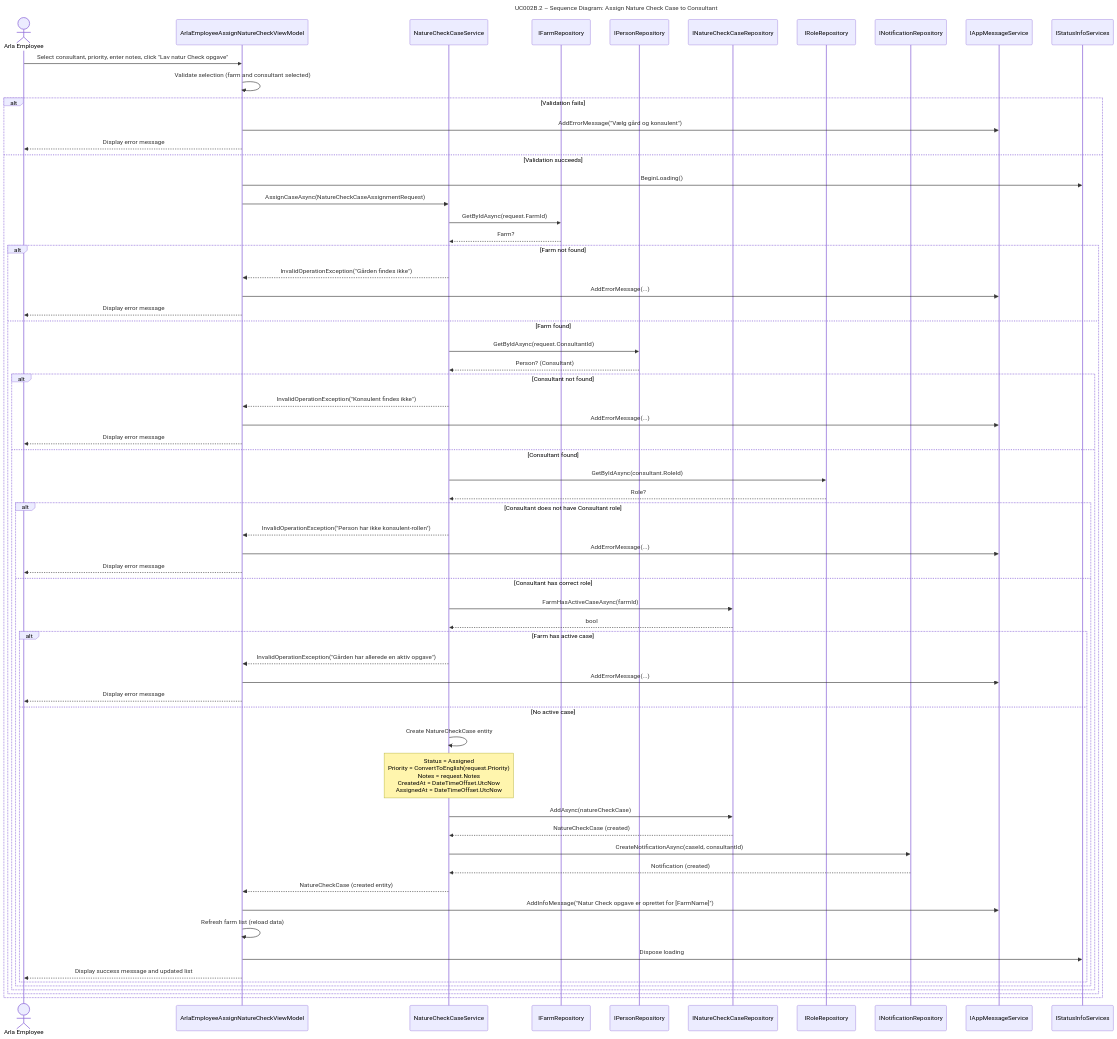
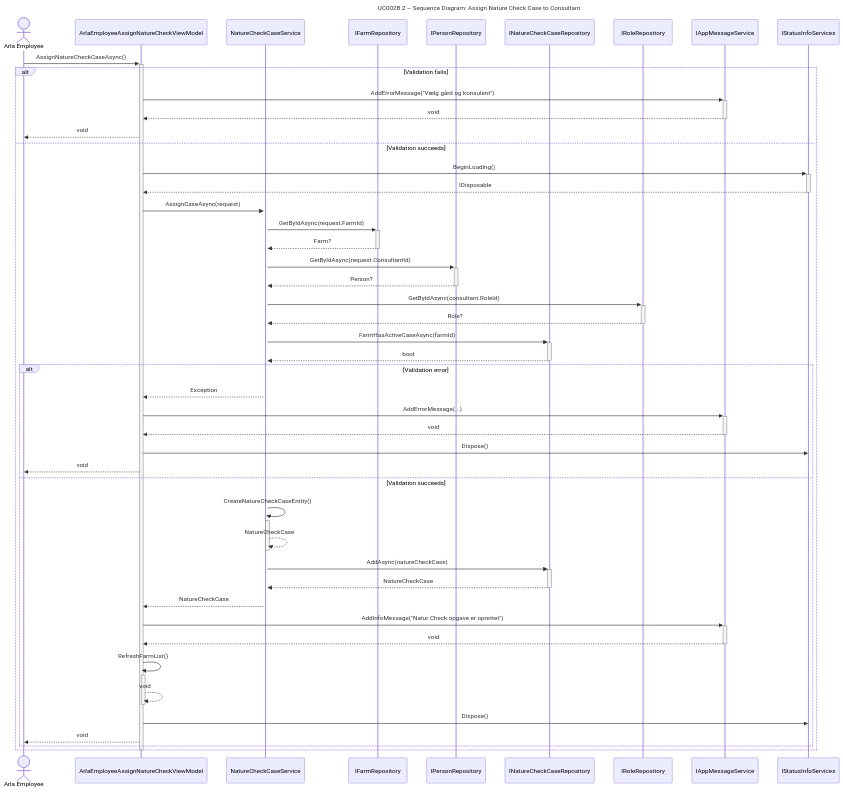
The diagram in docs/UseCase002B-AssignNatureCheckCase/UserStories/UC002B.2-AssignNatureCheckCase/UC002B.2-SD.md (DMOoF25-TEAM11/ArlaNatureConnect), drawn with Mermaid before and after one commit. The commit also changed other lines of this file and 65 other files, not shown here.

Commit message:
Update of UML

````diff
--- a/docs/UseCase002B-AssignNatureCheckCase/UserStories/UC002B.2-AssignNatureCheckCase/UC002B.2-SD.md
+++ b/docs/UseCase002B-AssignNatureCheckCase/UserStories/UC002B.2-AssignNatureCheckCase/UC002B.2-SD.md
@@ -5,80 +5,58 @@
 ```mermaid
 sequenceDiagram
     title UC002B.2 – Sequence Diagram: Assign Nature Check Case to Consultant
 
     actor ArlaEmployee as Arla Employee
     participant ViewModel as ArlaEmployeeAssignNatureCheckViewModel
     participant Service as NatureCheckCaseService
     participant FarmRepo as IFarmRepository
     participant PersonRepo as IPersonRepository
     participant CaseRepo as INatureCheckCaseRepository
     participant RoleRepo as IRoleRepository
-    participant NotificationRepo as INotificationRepository
     participant MsgService as IAppMessageService
     participant StatusService as IStatusInfoServices
 
-    %% Assignment Flow
-    ArlaEmployee ->> ViewModel: Select consultant, priority, enter notes, click "Lav natur Check opgave"
-    ViewModel ->> ViewModel: Validate selection (farm and consultant selected)
+    ArlaEmployee ->>+ ViewModel: AssignNatureCheckCaseAsync()
     
     alt Validation fails
-        ViewModel ->> MsgService: AddErrorMessage("Vælg gård og konsulent")
-        ViewModel -->> ArlaEmployee: Display error message
+        ViewModel ->>+ MsgService: AddErrorMessage("Vælg gård og konsulent")
+        MsgService -->>- ViewModel: void
+        ViewModel -->> ArlaEmployee: void
     else Validation succeeds
-        ViewModel ->> StatusService: BeginLoading()
-        ViewModel ->> Service: AssignCaseAsync(NatureCheckCaseAssignmentRequest)
+        ViewModel ->>+ StatusService: BeginLoading()
+        StatusService -->>- ViewModel: IDisposable
+        ViewModel ->>+ Service: AssignCaseAsync(request)
         
-        %% Service validates and creates case
-        Service ->> FarmRepo: GetByIdAsync(request.FarmId)
-        FarmRepo -->> Service: Farm?
+        Service ->>+ FarmRepo: GetByIdAsync(request.FarmId)
+        FarmRepo -->>- Service: Farm?
+        Service ->>+ PersonRepo: GetByIdAsync(request.ConsultantId)
+        PersonRepo -->>- Service: Person?
+        Service ->>+ RoleRepo: GetByIdAsync(consultant.RoleId)
+        RoleRepo -->>- Service: Role?
+        Service ->>+ CaseRepo: FarmHasActiveCaseAsync(farmId)
+        CaseRepo -->>- Service: bool
         
-        alt Farm not found
-            Service -->> ViewModel: InvalidOperationException("Gården findes ikke")
-            ViewModel ->> MsgService: AddErrorMessage(...)
-            ViewModel -->> ArlaEmployee: Display error message
-        else Farm found
-            Service ->> PersonRepo: GetByIdAsync(request.ConsultantId)
-            PersonRepo -->> Service: Person? (Consultant)
+        alt Validation error
+            Service -->> ViewModel: Exception
+            ViewModel ->>+ MsgService: AddErrorMessage(...)
+            MsgService -->>- ViewModel: void
+            ViewModel ->> StatusService: Dispose()
+            ViewModel -->> ArlaEmployee: void
+        else Validation succeeds
+            Service ->>+ Service: CreateNatureCheckCaseEntity()
+            Service -->>- Service: NatureCheckCase
+            Service ->>+ CaseRepo: AddAsync(natureCheckCase)
+            CaseRepo -->>- Service: NatureCheckCase
             
-            alt Consultant not found
-                Service -->> ViewModel: InvalidOperationException("Konsulent findes ikke")
-                ViewModel ->> MsgService: AddErrorMessage(...)
-                ViewModel -->> ArlaEmployee: Display error message
-            else Consultant found
-                Service ->> RoleRepo: GetByIdAsync(consultant.RoleId)
-                RoleRepo -->> Service: Role?
-                
-                alt Consultant does not have Consultant role
-                    Service -->> ViewModel: InvalidOperationException("Person har ikke konsulent-rollen")
-                    ViewModel ->> MsgService: AddErrorMessage(...)
-                    ViewModel -->> ArlaEmployee: Display error message
-                else Consultant has correct role
-                    Service ->> CaseRepo: FarmHasActiveCaseAsync(farmId)
-                    CaseRepo -->> Service: bool
-                    
-                    alt Farm has active case
-                        Service -->> ViewModel: InvalidOperationException("Gården har allerede en aktiv opgave")
-                        ViewModel ->> MsgService: AddErrorMessage(...)
-                        ViewModel -->> ArlaEmployee: Display error message
-                    else No active case
-                        %% Create new case
-                        Service ->> Service: Create NatureCheckCase entity
-                        Note over Service: Status = Assigned<br/>Priority = ConvertToEnglish(request.Priority)<br/>Notes = request.Notes<br/>CreatedAt = DateTimeOffset.UtcNow<br/>AssignedAt = DateTimeOffset.UtcNow
-                        Service ->> CaseRepo: AddAsync(natureCheckCase)
-                        CaseRepo -->> Service: NatureCheckCase (created)
-                        
-                        %% Create notification
-                        Service ->> NotificationRepo: CreateNotificationAsync(caseId, consultantId)
-                        NotificationRepo -->> Service: Notification (created)
-                        
-                        Service -->> ViewModel: NatureCheckCase (created entity)
-                        ViewModel ->> MsgService: AddInfoMessage("Natur Check opgave er oprettet for [FarmName]")
-                        ViewModel ->> ViewModel: Refresh farm list (reload data)
-                        ViewModel ->> StatusService: Dispose loading
-                        ViewModel -->> ArlaEmployee: Display success message and updated list
-                    end
-                end
-            end
+            Service -->> ViewModel: NatureCheckCase
+            ViewModel ->>+ MsgService: AddInfoMessage("Natur Check opgave er oprettet")
+            MsgService -->>- ViewModel: void
+            ViewModel ->>+ ViewModel: RefreshFarmList()
+            ViewModel -->>- ViewModel: void
+            ViewModel ->> StatusService: Dispose()
+            ViewModel -->> ArlaEmployee: void
         end
     end
+    
+    deactivate ViewModel
 ```
````
